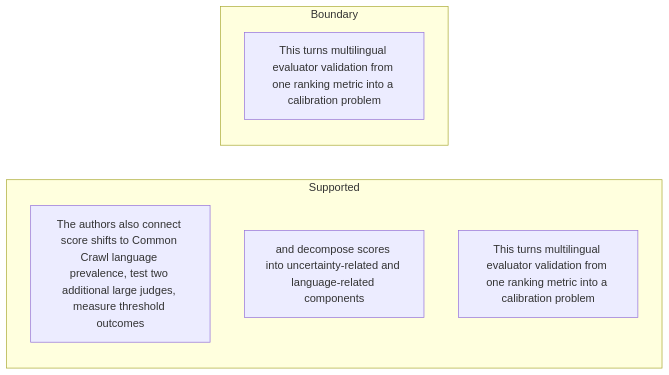
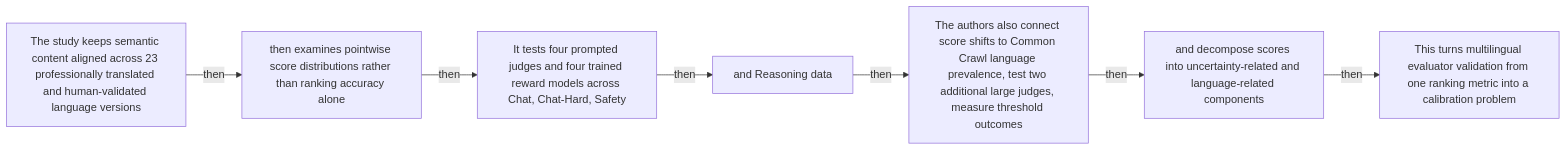
Before and after one commit to Betancourt1/paper_atlas: diagram 12 of 48 in docs/visual-manifests/VISUAL_MANIFEST_LLM_EVALUATORS_LANGUAGES.md, drawn with Mermaid. The commit also changed other lines of this file and 7 other files, not shown here.

````diff
--- a/docs/visual-manifests/VISUAL_MANIFEST_LLM_EVALUATORS_LANGUAGES.md
+++ b/docs/visual-manifests/VISUAL_MANIFEST_LLM_EVALUATORS_LANGUAGES.md
@@ -932,11 +987,16 @@
 ```mermaid
 flowchart LR
-  subgraph Supported
-    a1["The authors also connect score shifts to Common Crawl language prevalence, test two additional large judges, measure threshold outcomes"]
-    a2["and decompose scores into uncertainty-related and language-related components"]
-    a3["This turns multilingual evaluator validation from one ranking metric into a calibration problem"]
-  end
-  subgraph Boundary
-    b1["This turns multilingual evaluator validation from one ranking metric into a calibration problem"]
-  end
+  n1["The study keeps semantic content aligned across 23 professionally translated and human-validated language versions"]
+  n2["then examines pointwise score distributions rather than ranking accuracy alone"]
+  n3["It tests four prompted judges and four trained reward models across Chat, Chat-Hard, Safety"]
+  n4["and Reasoning data"]
+  n5["The authors also connect score shifts to Common Crawl language prevalence, test two additional large judges, measure threshold outcomes"]
+  n6["and decompose scores into uncertainty-related and language-related components"]
+  n7["This turns multilingual evaluator validation from one ranking metric into a calibration problem"]
+  n1 -->|"then"| n2
+  n2 -->|"then"| n3
+  n3 -->|"then"| n4
+  n4 -->|"then"| n5
+  n5 -->|"then"| n6
+  n6 -->|"then"| n7
 ```
````
